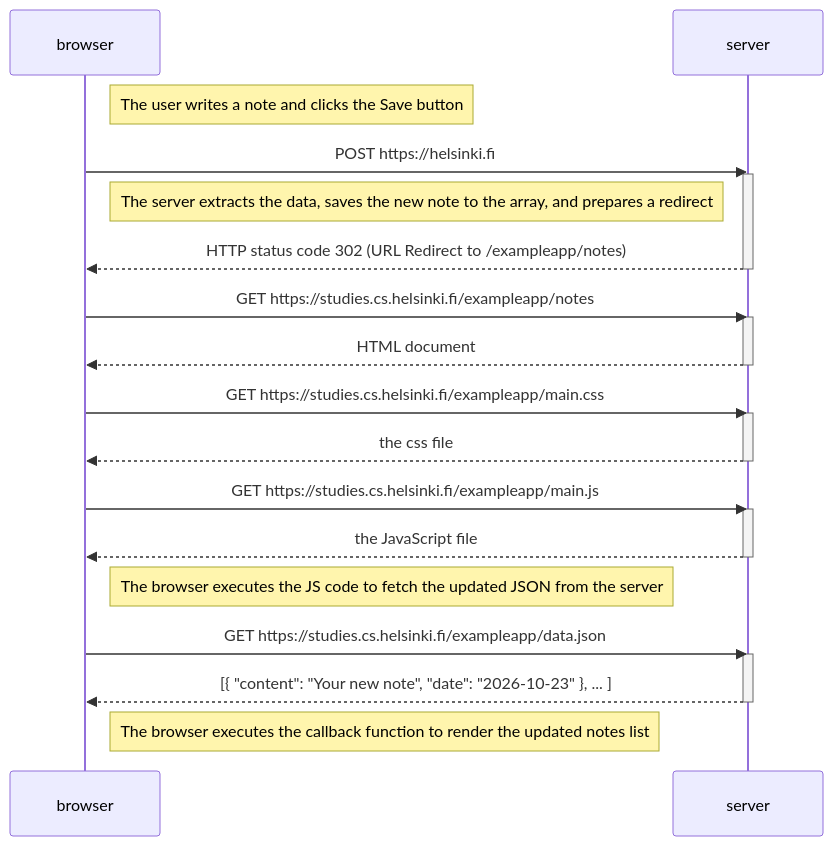
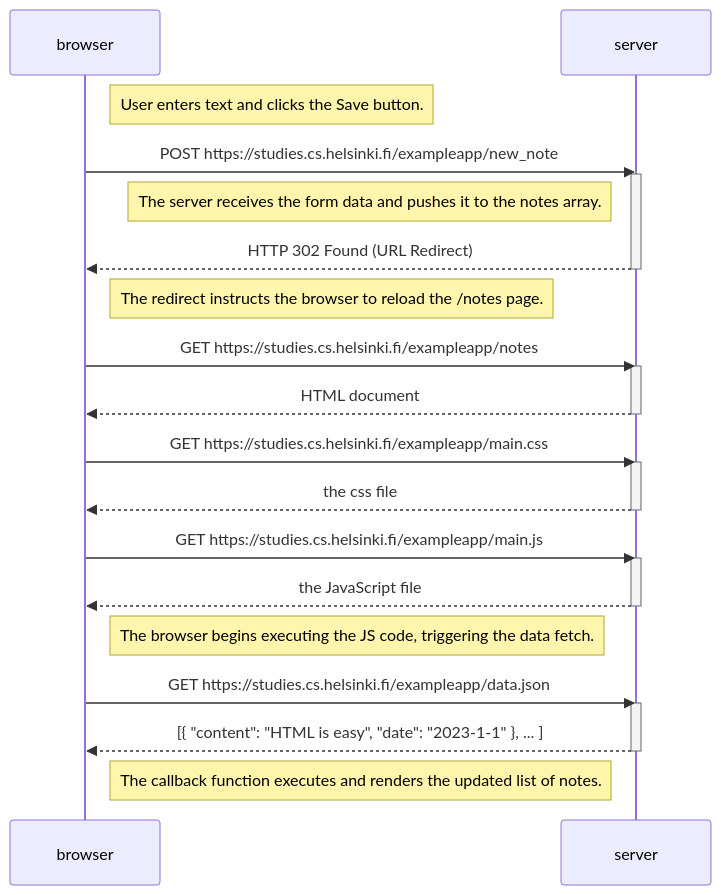
One commit to Swarup-Ingale/fullstackopen changed the first of 3 diagrams in part0/README.md. Above: the diagram before and after it, drawn with Mermaid. The commit also changed other lines of this file, not shown here.

````diff
--- a/part0/README.md
+++ b/part0/README.md
@@ -5,37 +5,39 @@
 ```mermaid
 sequenceDiagram
     participant browser
     participant server
 
-    Note right of browser: The user writes a note and clicks the Save button
+    Note right of browser: User enters text and clicks the Save button.
+    
+    browser->>server: POST https://studies.cs.helsinki.fi/exampleapp/new_note
+    activate server
+    Note left of server: The server receives the form data and pushes it to the notes array.
+    server-->>browser: HTTP 302 Found (URL Redirect)
+    deactivate server
 
-    browser->>server: POST https://helsinki.fi
-    activate server
-    Note left of server: The server extracts the data, saves the new note to the array, and prepares a redirect
-    server-->>browser: HTTP status code 302 (URL Redirect to /exampleapp/notes)
-    deactivate server
+    Note right of browser: The redirect instructs the browser to reload the /notes page.
 
     browser->>server: GET https://studies.cs.helsinki.fi/exampleapp/notes
     activate server
     server-->>browser: HTML document
     deactivate server
 
     browser->>server: GET https://studies.cs.helsinki.fi/exampleapp/main.css
     activate server
     server-->>browser: the css file
     deactivate server
 
     browser->>server: GET https://studies.cs.helsinki.fi/exampleapp/main.js
     activate server
     server-->>browser: the JavaScript file
     deactivate server
 
-    Note right of browser: The browser executes the JS code to fetch the updated JSON from the server
+    Note right of browser: The browser begins executing the JS code, triggering the data fetch.
 
     browser->>server: GET https://studies.cs.helsinki.fi/exampleapp/data.json
     activate server
-    server-->>browser: [{ "content": "Your new note", "date": "2026-10-23" }, ... ]
+    server-->>browser: [{ "content": "HTML is easy", "date": "2023-1-1" }, ... ]
     deactivate server
 
-    Note right of browser: The browser executes the callback function to render the updated notes list
+    Note right of browser: The callback function executes and renders the updated list of notes.
 ```
````
